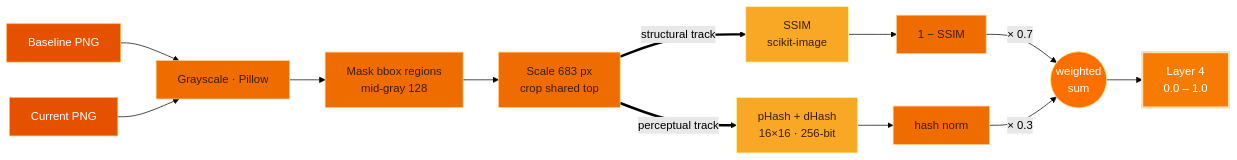
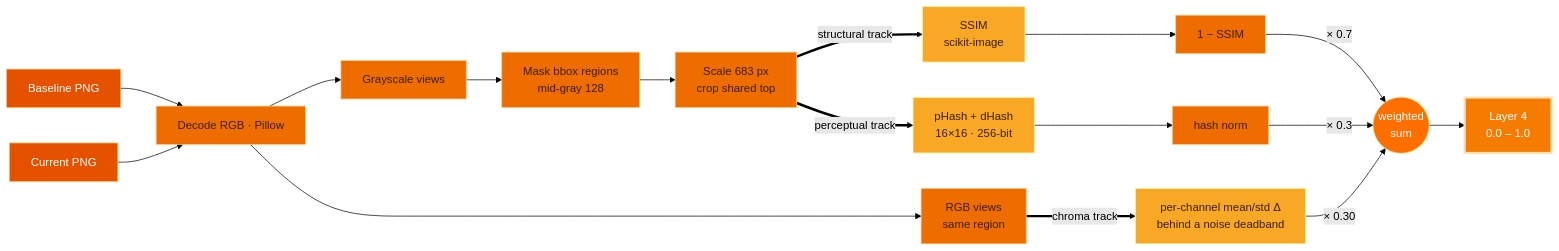
One commit to Ns81000/WARDRESS changed the diagram in docs/layers/4-visual-diff.mdx. Above: the diagram before and after it, drawn with Mermaid (forest theme). The commit also changed other lines of this file and 15 other files, not shown here.

````diff
--- a/docs/layers/4-visual-diff.mdx
+++ b/docs/layers/4-visual-diff.mdx
@@ -15,20 +15,24 @@
 ```mermaid
 flowchart LR
-    BS["Baseline PNG"]:::in --> GL
-    CS["Current PNG"]:::in --> GL["Grayscale · Pillow"]:::node
+    BS["Baseline PNG"]:::in --> DC
+    CS["Current PNG"]:::in --> DC["Decode RGB · Pillow"]:::node
+    DC --> GL["Grayscale views"]:::node
     GL --> MK["Mask bbox regions<br/>mid-gray 128"]:::node
     MK --> RS["Scale 683 px<br/>crop shared top"]:::node
+    DC --> CR["RGB views<br/>same region"]:::node
     RS ==>|"structural track"| SSIM["SSIM<br/>scikit-image"]:::track
     RS ==>|"perceptual track"| PH["pHash + dHash<br/>16×16 · 256-bit"]:::track
+    CR ==>|"chroma track"| CH["per-channel mean/std Δ<br/>behind a noise deadband"]:::track
     SSIM --> SS["1 − SSIM"]:::node
     PH --> HS["hash norm"]:::node
     SS -->|"× 0.7"| F(("weighted<br/>sum")):::pick
     HS -->|"× 0.3"| F
+    CH -->|"× 0.30"| F
     F --> OUT["Layer 4<br/>0.0 – 1.0"]:::out
 
     classDef in fill:#e65100,stroke:#ffb74d,color:#fff;
     classDef node fill:#ef6c00,stroke:#ffcc80,color:#3b1f00;
     classDef track fill:#f9a825,stroke:#fff59d,color:#3b1f00;
     classDef pick fill:#ff6f00,stroke:#ffe082,color:#fff;
     classDef out fill:#f57c00,stroke:#ffe0b2,color:#fff,stroke-width:3px;
 ```
````
